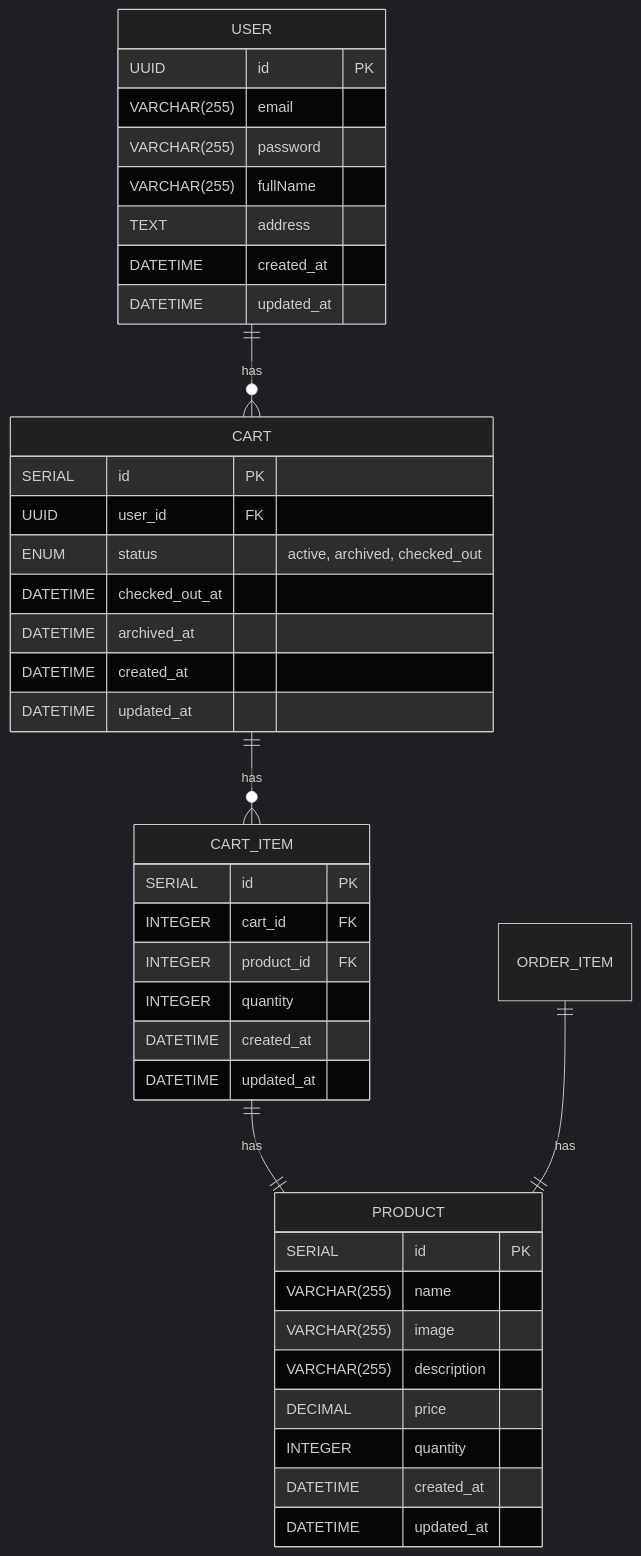
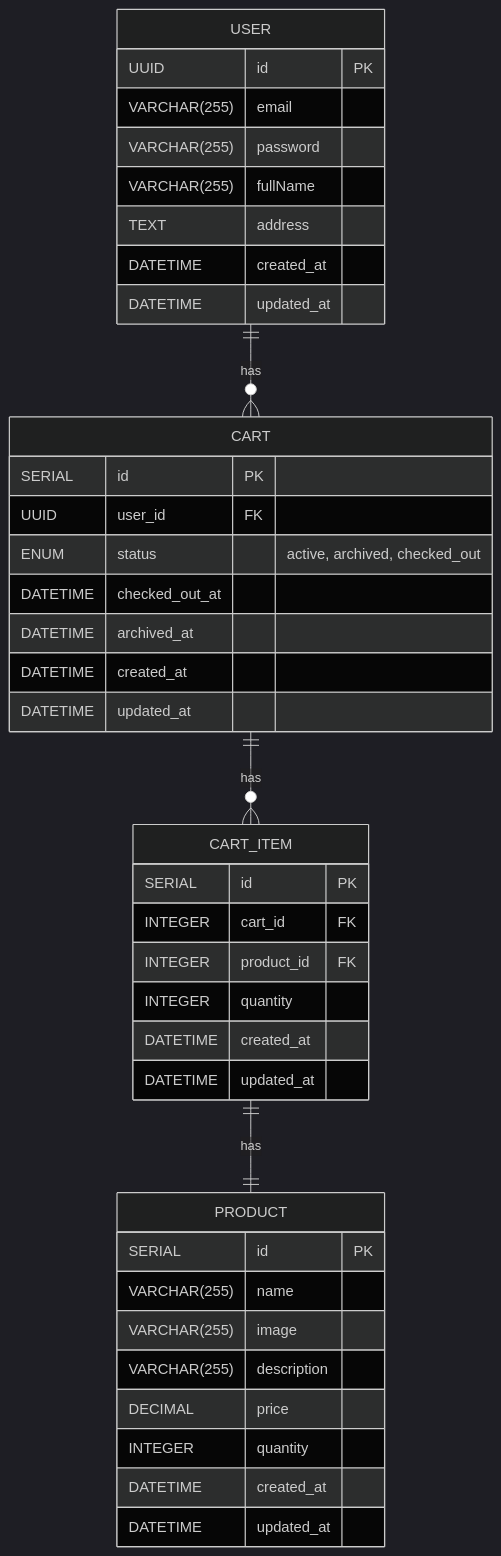
The diagram in KarasChan-master/src/db/README.md (Dana-Klesly/karas_chan), drawn with Mermaid before and after one commit.

````diff
--- a/KarasChan-master/src/db/README.md
+++ b/KarasChan-master/src/db/README.md
@@ -5,54 +5,53 @@
 ```mermaid
 %%{init: {'theme':'dark'}}%%
 erDiagram
 
 USER ||--}o CART : has
 
 CART ||--}o CART_ITEM : has
 
 CART_ITEM ||--|| PRODUCT : has
-ORDER_ITEM ||--|| PRODUCT : has
 
 USER {
     UUID id PK
     VARCHAR(255) email
     VARCHAR(255) password
     VARCHAR(255) fullName
     TEXT address
     DATETIME created_at
     DATETIME updated_at
 }
 
 CART {
     SERIAL id PK
     UUID user_id FK
     ENUM status  "active, archived, checked_out"
     DATETIME checked_out_at
     DATETIME archived_at
     DATETIME created_at
     DATETIME updated_at
 }
 
 CART_ITEM {
     SERIAL id PK
     INTEGER cart_id FK
     INTEGER product_id FK
     INTEGER quantity
     DATETIME created_at
     DATETIME updated_at
 }
 
 
 PRODUCT {
     SERIAL id PK
     VARCHAR(255) name
     VARCHAR(255) image
     VARCHAR(255) description
     DECIMAL price
     INTEGER quantity
     DATETIME created_at
     DATETIME updated_at
 }
 
 
 ```
````
